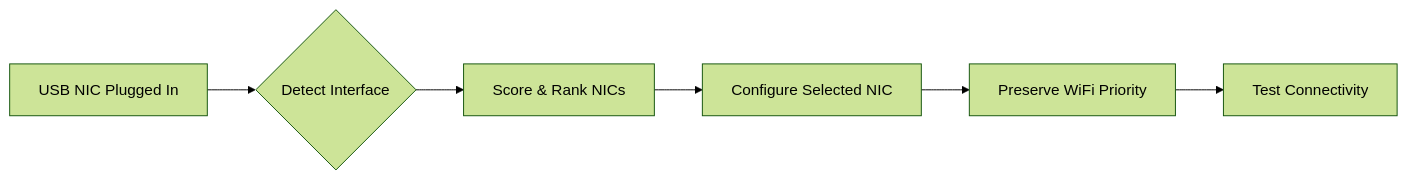
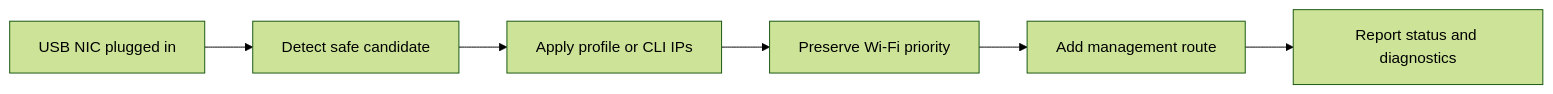
Before and after one commit to Jesssullivan/DarwinNicUtil: the diagram in docs/index.md, drawn with Mermaid (forest theme). The commit also changed other lines of this file and 48 other files, not shown here.

````diff
--- a/docs/index.md
+++ b/docs/index.md
@@ -24,8 +39,8 @@
 ```mermaid
 flowchart LR
-    A[USB NIC Plugged In] --> B{Detect Interface}
-    B --> C[Score & Rank NICs]
-    C --> D[Configure Selected NIC]
-    D --> E[Preserve WiFi Priority]
-    E --> F[Test Connectivity]
+    A[USB NIC plugged in] --> B[Detect safe candidate]
+    B --> C[Apply profile or CLI IPs]
+    C --> D[Preserve Wi-Fi priority]
+    D --> E[Add management route]
+    E --> F[Report status and diagnostics]
 ```
````
